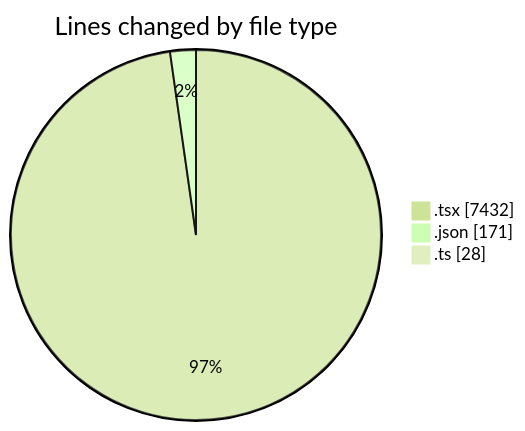
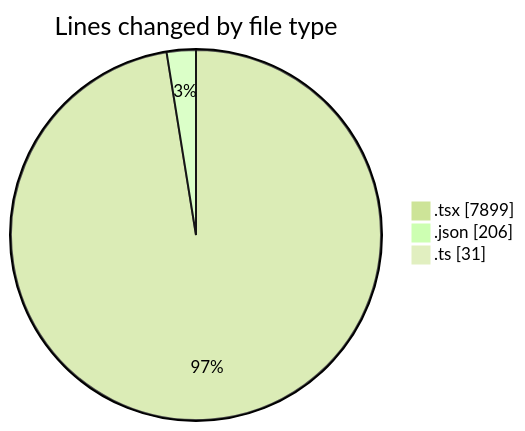
The first of 2 diagrams in 2026-11-13/broadcaster-v6-feature/README.md (momahboobian/code-tracking), drawn with Mermaid (forest theme) before and after one commit. The commit also changed other lines of this file and 1 other file, not shown here.

````diff
--- a/2026-11-13/broadcaster-v6-feature/README.md
+++ b/2026-11-13/broadcaster-v6-feature/README.md
@@ -40,7 +48,7 @@
 ```mermaid
 pie showData
 title Lines changed by file type
-".tsx" : 7432
-".json" : 171
-".ts" : 28
+".tsx" : 7899
+".json" : 206
+".ts" : 31
 ```
````
